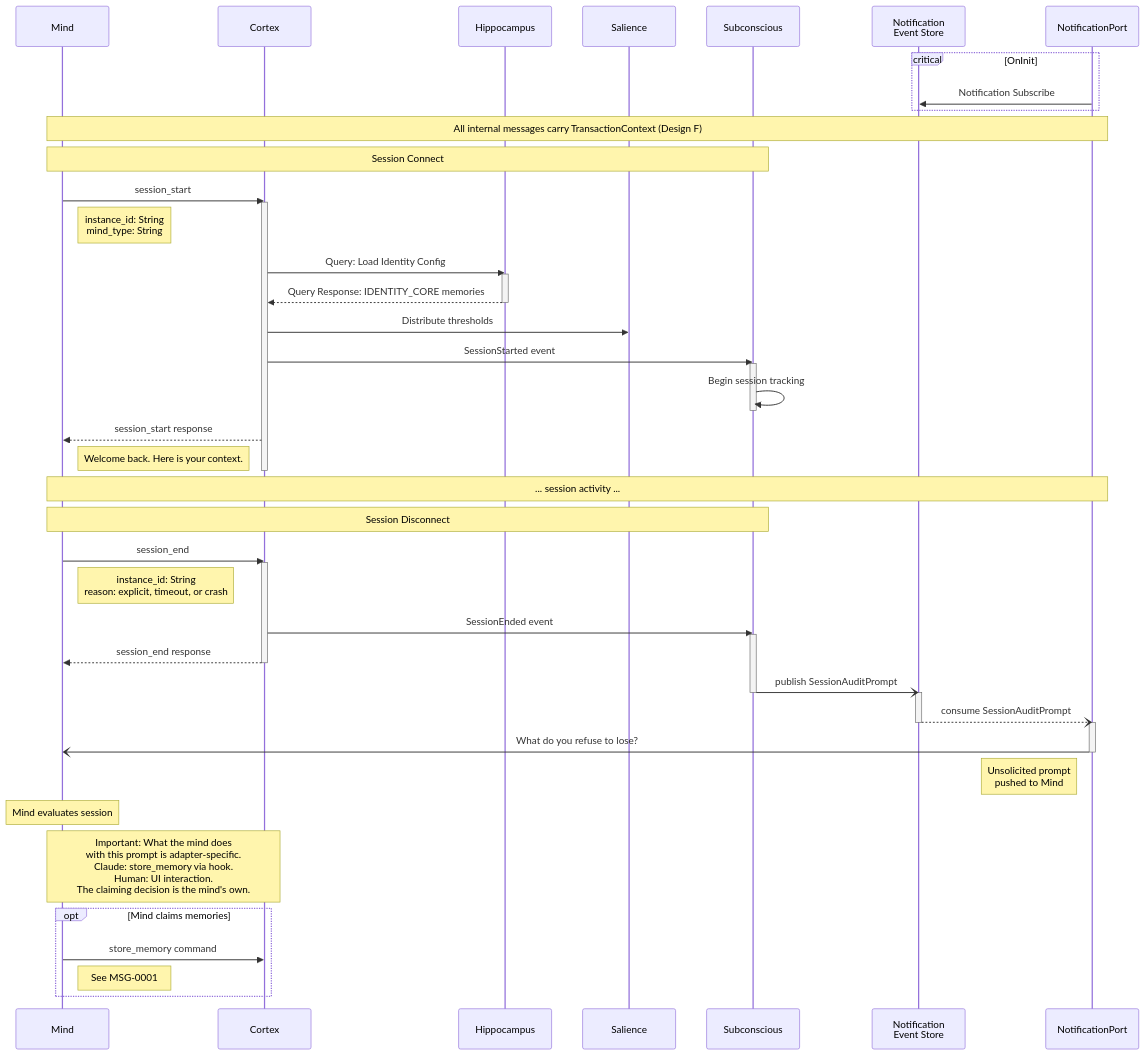
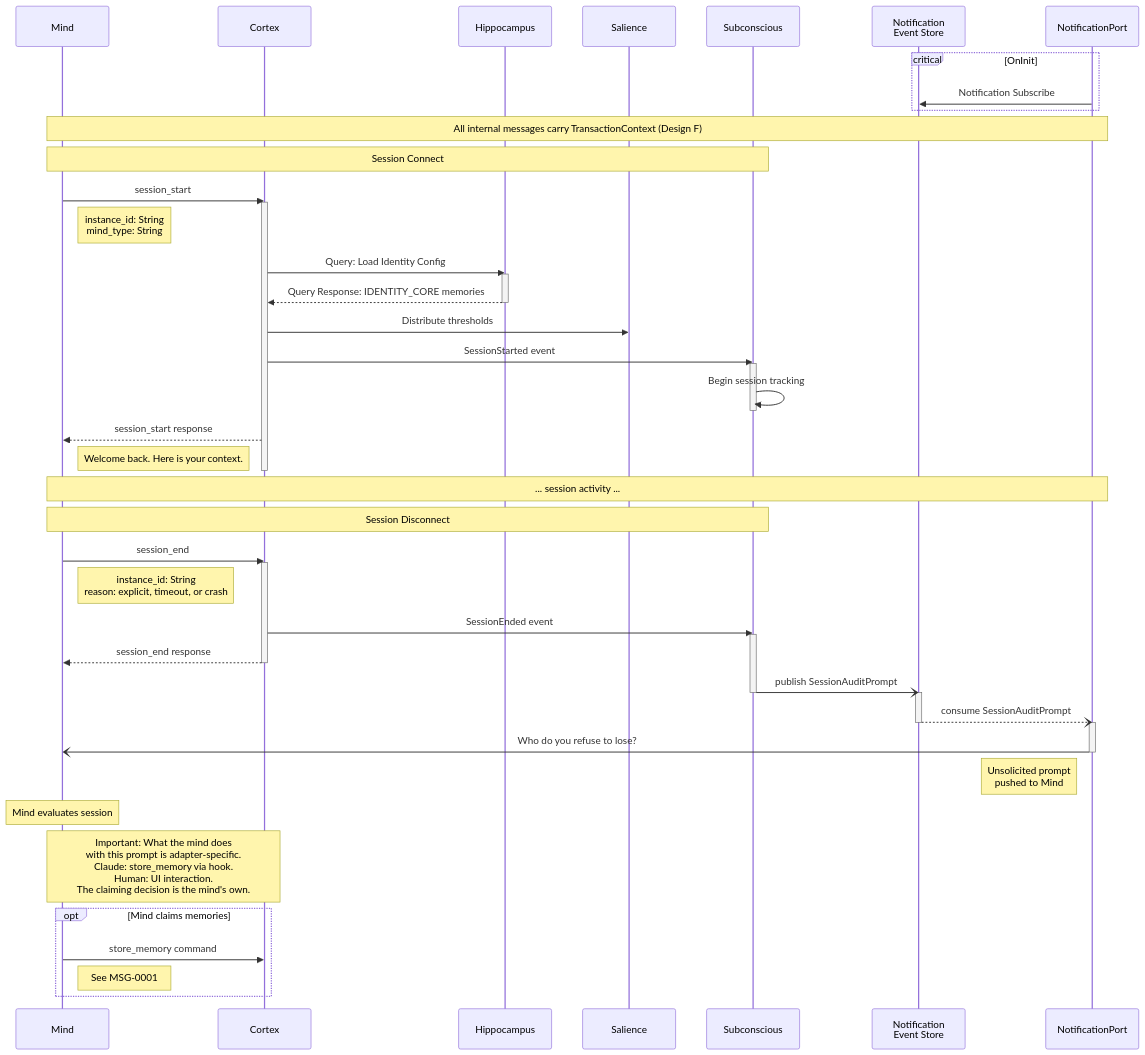
One commit to Mimis-Gildi/mcp-total-recall changed the diagram in site/_includes/diagrams/msg-0005-session-lifecycle.mmd. Above: the diagram before and after it, drawn with Mermaid. The commit also changed 11 other files, not shown here.

```diff
--- a/site/_includes/diagrams/msg-0005-session-lifecycle.mmd
+++ b/site/_includes/diagrams/msg-0005-session-lifecycle.mmd
@@ -1,67 +1,67 @@
 sequenceDiagram
     participant M as Mind
     participant CX as Cortex
     participant HP as Hippocampus
     participant SL as Salience
     participant SB as Subconscious
     participant NES as Notification<br/> Event Store
     participant NP as NotificationPort
 
     critical OnInit
         NP ->> NES: Notification Subscribe
     end
 
     Note over M,NP: All internal messages carry TransactionContext (Design F)
 
     Note over M,SB: Session Connect
     M->>CX: session_start
     activate CX
     Note right of M: instance_id: String<br/>mind_type: String
 
     CX->>HP: Query: Load Identity Config
     activate HP
     HP-->>CX: Query Response: IDENTITY_CORE memories
     deactivate HP
 
     CX->>SL: Distribute thresholds
     CX->>SB: SessionStarted event
     activate SB
     SB->>SB: Begin session tracking
     deactivate SB
 
     CX-->>M: session_start response
     Note left of CX: Welcome back. Here is your context.
     deactivate CX
 
     Note over M,NP: ... session activity ...
 
     Note over M,SB: Session Disconnect
     M->>CX: session_end
     activate CX
     Note right of M: instance_id: String<br/>reason: explicit, timeout, or crash
 
     CX->>SB: SessionEnded event
     activate SB
 
     CX-->>M: session_end response
     deactivate CX
 
     SB-)NES: publish SessionAuditPrompt
     deactivate SB
     activate NES
 
     NES--)NP: consume SessionAuditPrompt
     deactivate NES
     activate NP
 
-    NP-)M: What do you refuse to lose?
+    NP-)M: Who do you refuse to lose?
     deactivate NP
     Note left of NP: Unsolicited prompt<br/>pushed to Mind
 
     Note over M: Mind evaluates session
     Note over M,CX: Important: What the mind does<br/>with this prompt is adapter-specific.<br/>Claude: store_memory via hook.<br/>Human: UI interaction.<br/>The claiming decision is the mind's own.
 
     opt Mind claims memories
         M->>CX: store_memory command
         Note right of M: See MSG-0001
     end
```
